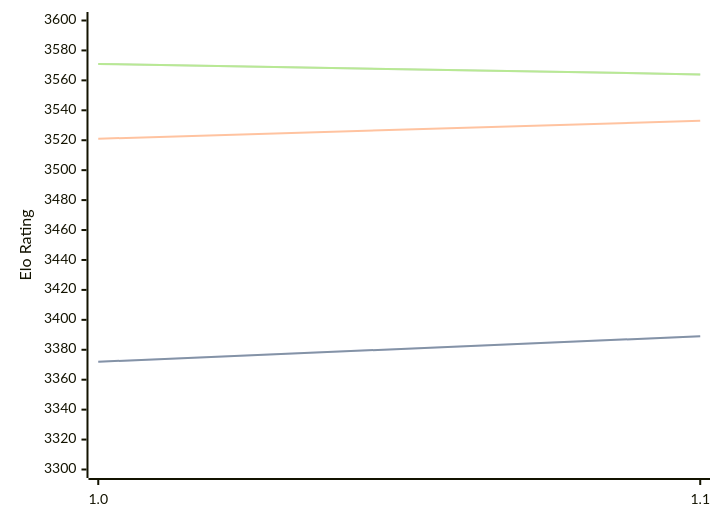
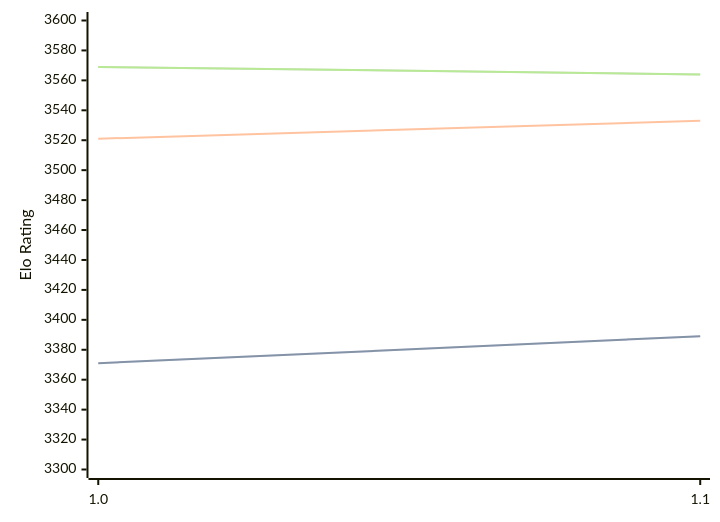
The diagram in engines/Horsie.md (computer-chess-index/cci), drawn with Mermaid before and after one commit. The commit also changed other lines of this file, not shown here.

Commit message:
Update CCI Ratings (ELO VLTC) - 2026-03-15

````diff
--- a/engines/Horsie.md
+++ b/engines/Horsie.md
@@ -30,11 +30,11 @@
 ```mermaid
 %%{init: {"theme":"base","themeVariables":{"seriesColors:['#a3a3a3','#222221','#faa371']}}}%%
 xychart-beta
   x-axis ["1.0", "1.1"]
   y-axis "Elo Rating" 3300 --> 3600
-  line "STC (8.0+0.08s)" [3372, 3389]
-  line "STC (8.0+0.08s)" [3372, 3389]
+  line "STC (8.0+0.08s)" [3371, 3389]
+  line "STC (8.0+0.08s)" [3371, 3389]
   line "LTC (60.0+0.60s)" [3521, 3533]
-  line "VLTC (2m24s+1.12s)" [3571, 3564]
-  line "VLTC (2m24s+1.12s)" [3571, 3564]
+  line "VLTC (2m24s+1.12s)" [3569, 3564]
+  line "VLTC (2m24s+1.12s)" [3569, 3564]
 ```
````
